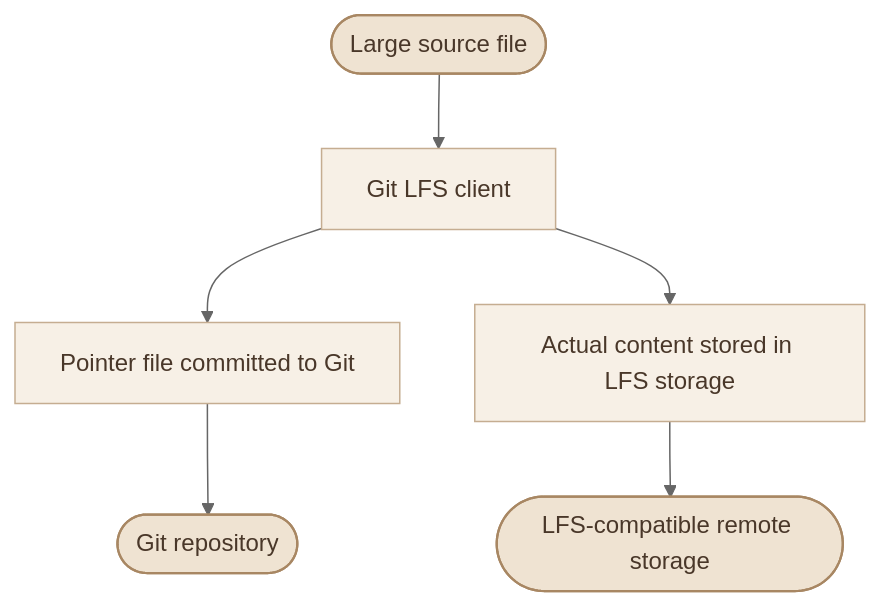
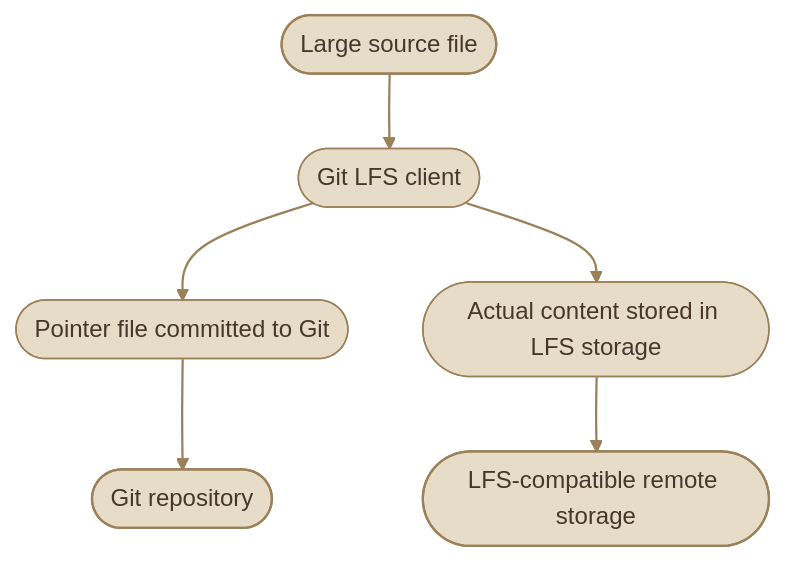
One commit to mustafammasoud/ops-handbook changed the second of 2 diagrams in content/version-control/Git and GitHub/tags-and-releases.mdx. Above: the diagram before and after it, drawn with Mermaid (neutral theme). The commit also changed other lines of this file and 17 other files, not shown here.

````diff
--- a/content/version-control/Git and GitHub/tags-and-releases.mdx
+++ b/content/version-control/Git and GitHub/tags-and-releases.mdx
@@ -392,13 +403,15 @@
 ```mermaid
 flowchart TD
-    A(["Large source file"]) --> B["Git LFS client"]
-    B --> C["Pointer file committed to Git"]
-    B --> D["Actual content stored in LFS storage"]
+    A(["Large source file"]) --> B(["Git LFS client"])
+    B --> C(["Pointer file committed to Git"])
+    B --> D(["Actual content stored in LFS storage"])
     C --> E(["Git repository"])
     D --> F(["LFS-compatible remote storage"])
 
-    classDef stage fill:#efe3d2,stroke:#a88763,color:#493729,stroke-width:1.5px
-    classDef action fill:#f7f0e6,stroke:#c5ad91,color:#493729,stroke-width:1px
+    classDef stage fill:#E7DCC8,stroke:#9B8059,color:#46372A,stroke-width:1.5px
+    classDef action fill:#E7DCC8,stroke:#9B8059,color:#46372A,stroke-width:1px
     class A,E,F stage
     class B,C,D action
+
+    linkStyle default stroke:#9B8059,stroke-width:1.5px
 ```
````
